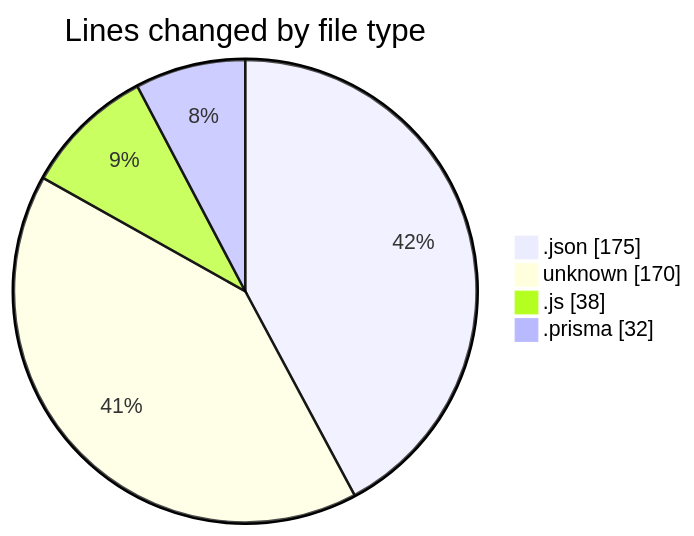
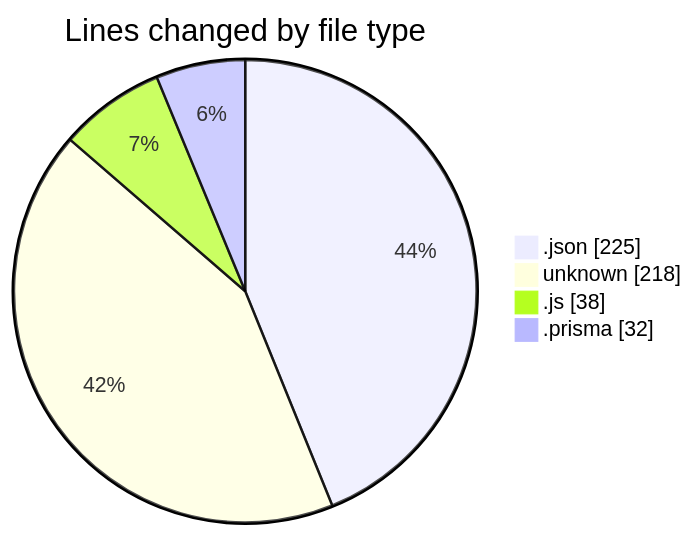
Before and after one commit to momahboobian/code-tracking: the first of 2 diagrams in 2025-01-30/good-pr/README.md, drawn with Mermaid. The commit also changed other lines of this file and 1 other file, not shown here.

````diff
--- a/2025-01-30/good-pr/README.md
+++ b/2025-01-30/good-pr/README.md
@@ -26,8 +26,8 @@
 ```mermaid
 pie showData
 title Lines changed by file type
-".json" : 175
-"unknown" : 170
+".json" : 225
+"unknown" : 218
 ".js" : 38
 ".prisma" : 32
 ```
````
